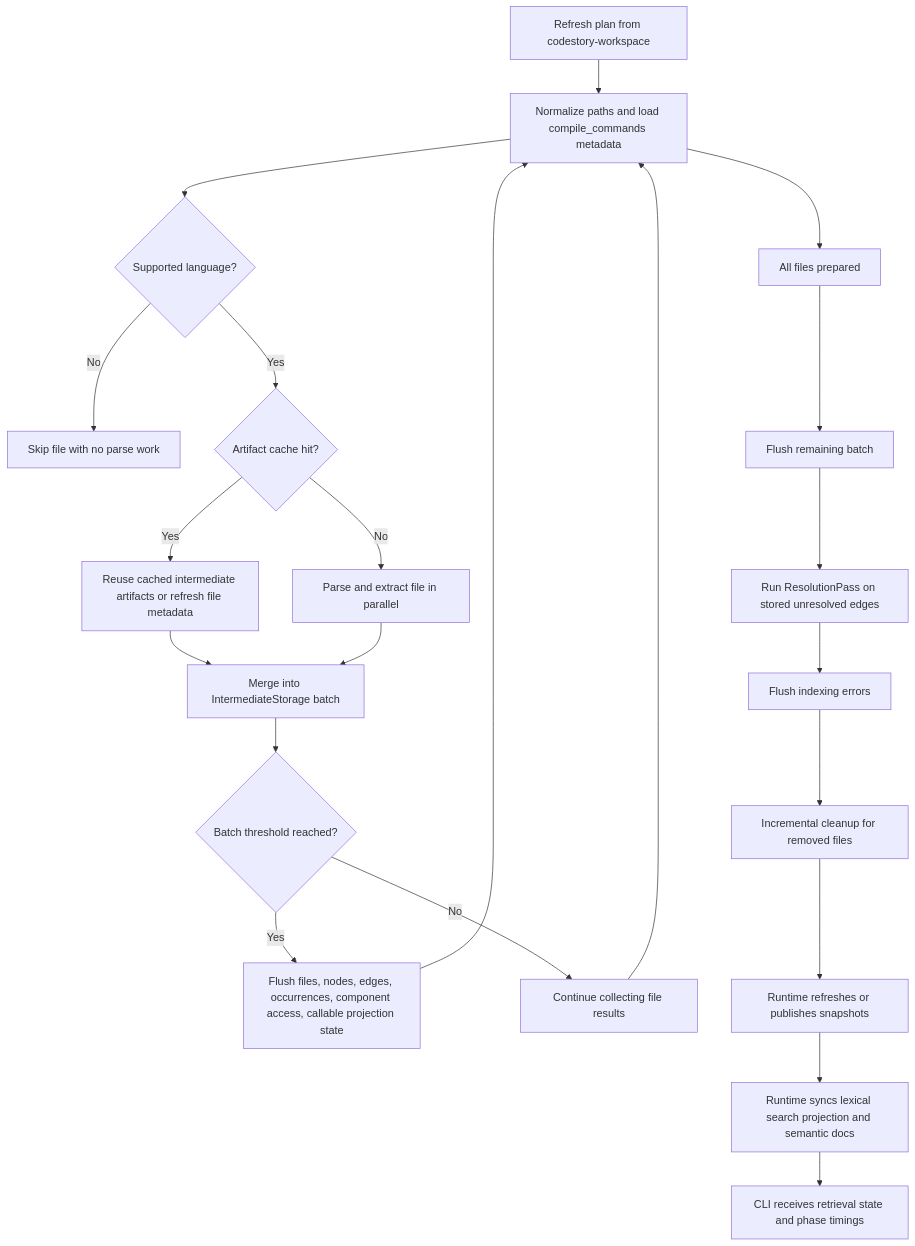
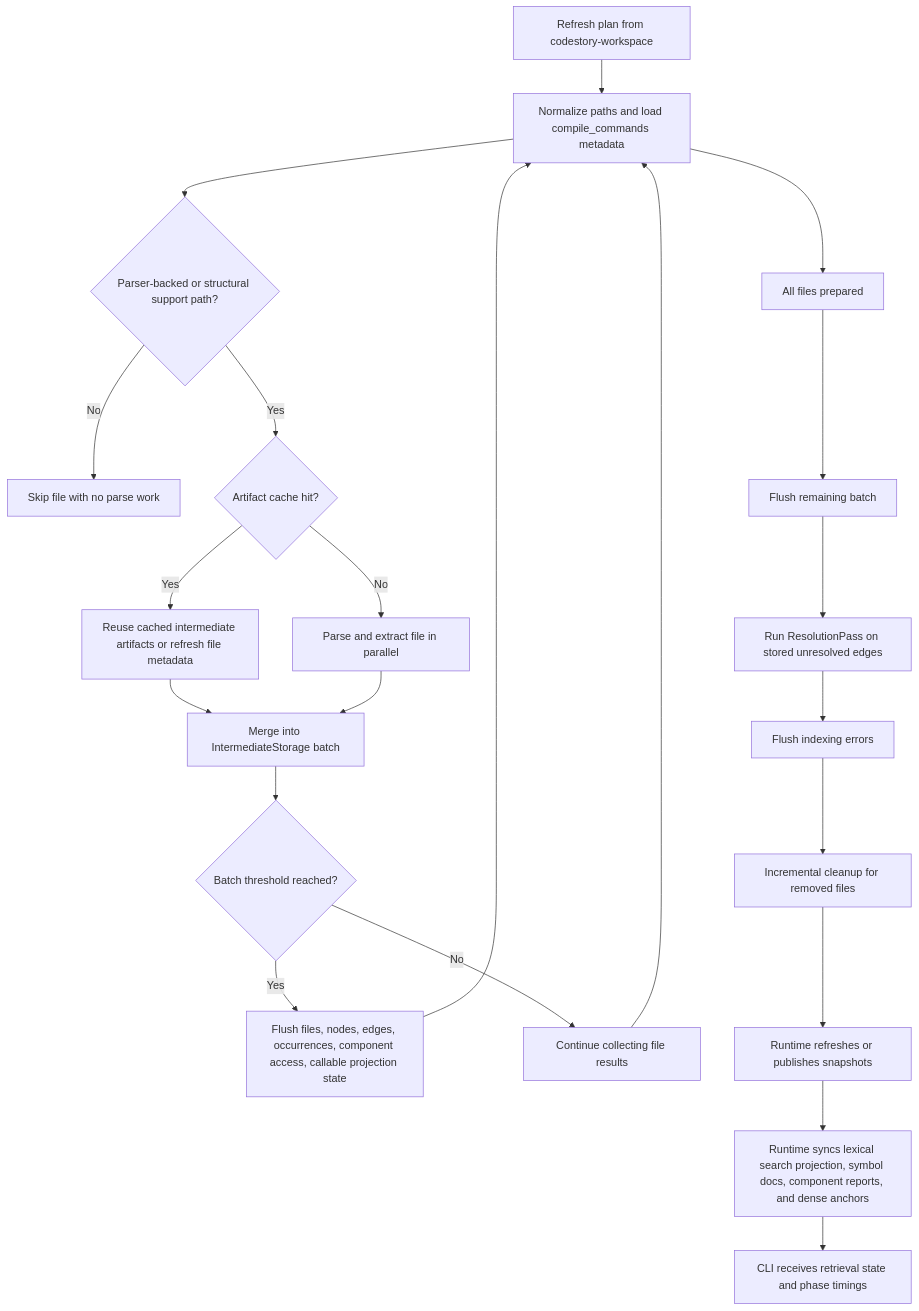
One commit to TheGreenCedar/CodeStory changed the second of 2 diagrams in docs/architecture/indexing-pipeline.md. Above: the diagram before and after it, drawn with Mermaid. The commit also changed other lines of this file and 198 other files, not shown here.

First line of the commit message:
Centralize language support and generalize agent packet retrieval (#27)

````diff
--- a/docs/architecture/indexing-pipeline.md
+++ b/docs/architecture/indexing-pipeline.md
@@ -46,24 +46,24 @@
 ```mermaid
 flowchart TD
     plan["Refresh plan from codestory-workspace"] --> prep["Normalize paths and load compile_commands metadata"]
-    prep --> supported{"Supported language?"}
+    prep --> supported{"Parser-backed or structural support path?"}
     supported -->|"No"| skip["Skip file with no parse work"]
     supported -->|"Yes"| cache{"Artifact cache hit?"}
     cache -->|"Yes"| reuse["Reuse cached intermediate artifacts or refresh file metadata"]
     cache -->|"No"| parse["Parse and extract file in parallel"]
     reuse --> merge["Merge into IntermediateStorage batch"]
     parse --> merge
     merge --> flush{"Batch threshold reached?"}
     flush -->|"Yes"| write["Flush files, nodes, edges, occurrences, component access, callable projection state"]
     flush -->|"No"| more["Continue collecting file results"]
     more --> prep
     write --> prep
     prep --> done["All files prepared"]
     done --> finalflush["Flush remaining batch"]
     finalflush --> resolve["Run ResolutionPass on stored unresolved edges"]
     resolve --> errors["Flush indexing errors"]
     errors --> cleanup["Incremental cleanup for removed files"]
     cleanup --> snapshots["Runtime refreshes or publishes snapshots"]
-    snapshots --> semantic["Runtime syncs lexical search projection and semantic docs"]
+    snapshots --> semantic["Runtime syncs lexical search projection, symbol docs, component reports, and dense anchors"]
     semantic --> summary["CLI receives retrieval state and phase timings"]
 ```
````
